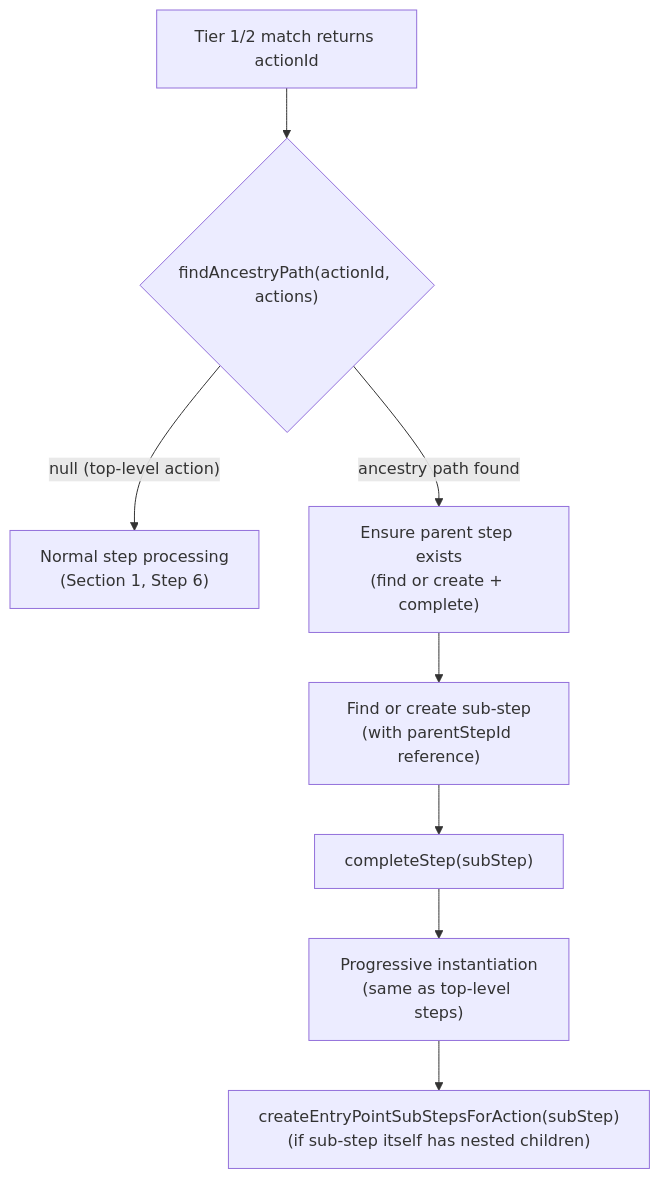
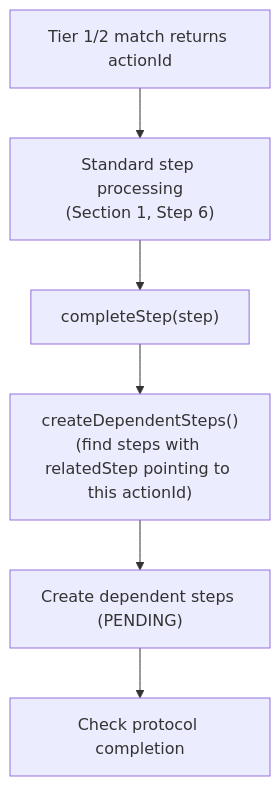
Before and after one commit to Jayaprakash8887/cce-compliance-service: the tenth of 11 diagrams in docs/flow-diagrams.md, drawn with Mermaid. The commit also changed other lines of this file and 7 other files, not shown here.

First line of the commit message:
feat: implement flat sub-step model and actionId validation

````diff
--- a/docs/flow-diagrams.md
+++ b/docs/flow-diagrams.md
@@ -477,10 +480,8 @@
 ```mermaid
 flowchart TD
-    MATCH["Tier 1/2 match returns actionId"] --> CHECK{"findAncestryPath(actionId, actions)"}
-    CHECK -->|"null (top-level action)"| NORMAL["Normal step processing<br/>(Section 1, Step 6)"]
-    CHECK -->|"ancestry path found"| PARENT["Ensure parent step exists<br/>(find or create + complete)"]
-    PARENT --> SUBSTEP["Find or create sub-step<br/>(with parentStepId reference)"]
-    SUBSTEP --> COMPLETE["completeStep(subStep)"]
-    COMPLETE --> PROGRESSIVE["Progressive instantiation<br/>(same as top-level steps)"]
-    PROGRESSIVE --> ENTRY["createEntryPointSubStepsForAction(subStep)<br/>(if sub-step itself has nested children)"]
+    MATCH["Tier 1/2 match returns actionId"] --> NORMAL["Standard step processing<br/>(Section 1, Step 6)"]
+    NORMAL --> COMPLETE["completeStep(step)"]
+    COMPLETE --> DEPS["createDependentSteps()<br/>(find steps with relatedStep pointing to this actionId)"]
+    DEPS --> CREATED["Create dependent steps (PENDING)"]
+    CREATED --> CHECK["Check protocol completion"]
 ```
````
